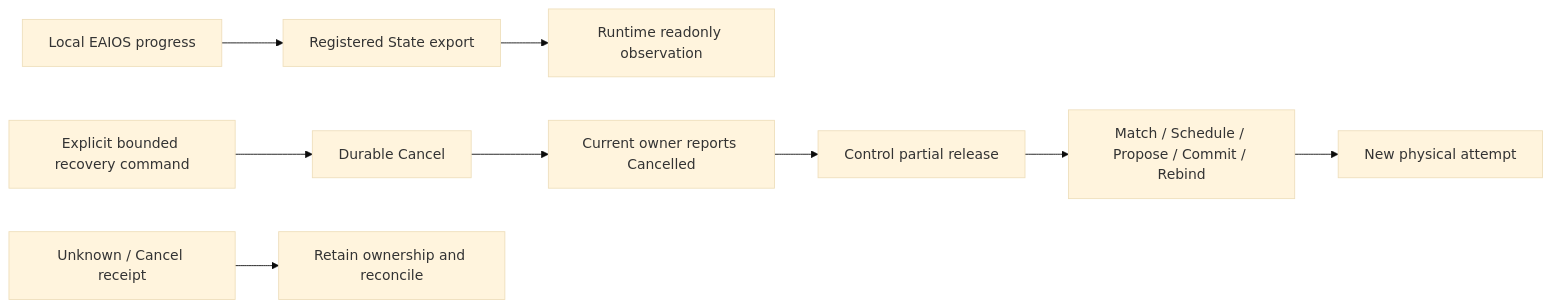
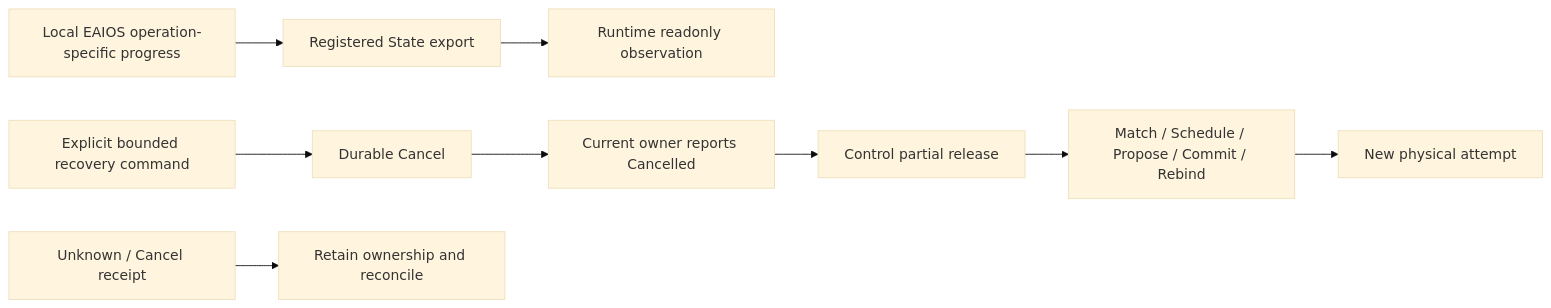
One commit to Farewell-CK/RoboGuide changed the diagram in docs/architecture/v2/README.md. Above: the diagram before and after it, drawn with Mermaid (base theme). The commit also changed other lines of this file and 7 other files, not shown here.

Commit message:
docs: document Local EAIOS progress and stop boundaries

````diff
--- a/docs/architecture/v2/README.md
+++ b/docs/architecture/v2/README.md
@@ -601,11 +603,11 @@
 ```mermaid
 flowchart LR
-  L[Local EAIOS progress] --> S[Registered State export]
+  L[Local EAIOS operation-specific progress] --> S[Registered State export]
   S --> O[Runtime readonly observation]
   U[Explicit bounded recovery command] --> C[Durable Cancel]
   C --> P[Current owner reports Cancelled]
   P --> R[Control partial release]
   R --> M[Match / Schedule / Propose / Commit / Rebind]
   M --> N[New physical attempt]
   X[Unknown / Cancel receipt] --> F[Retain ownership and reconcile]
 ```
````
